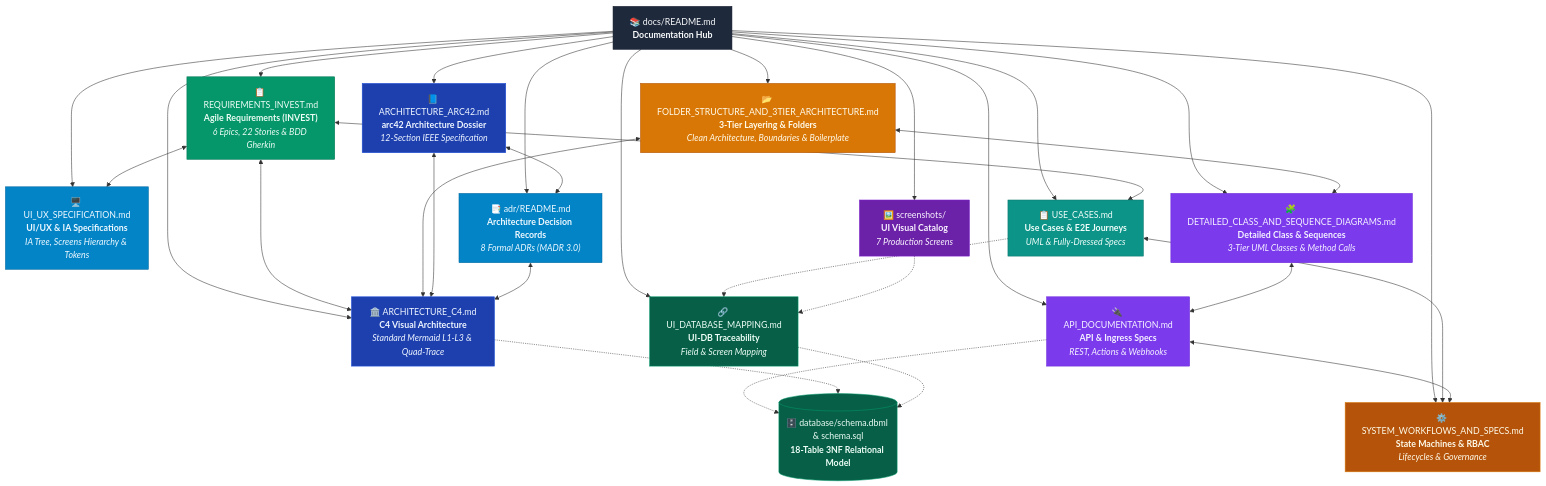
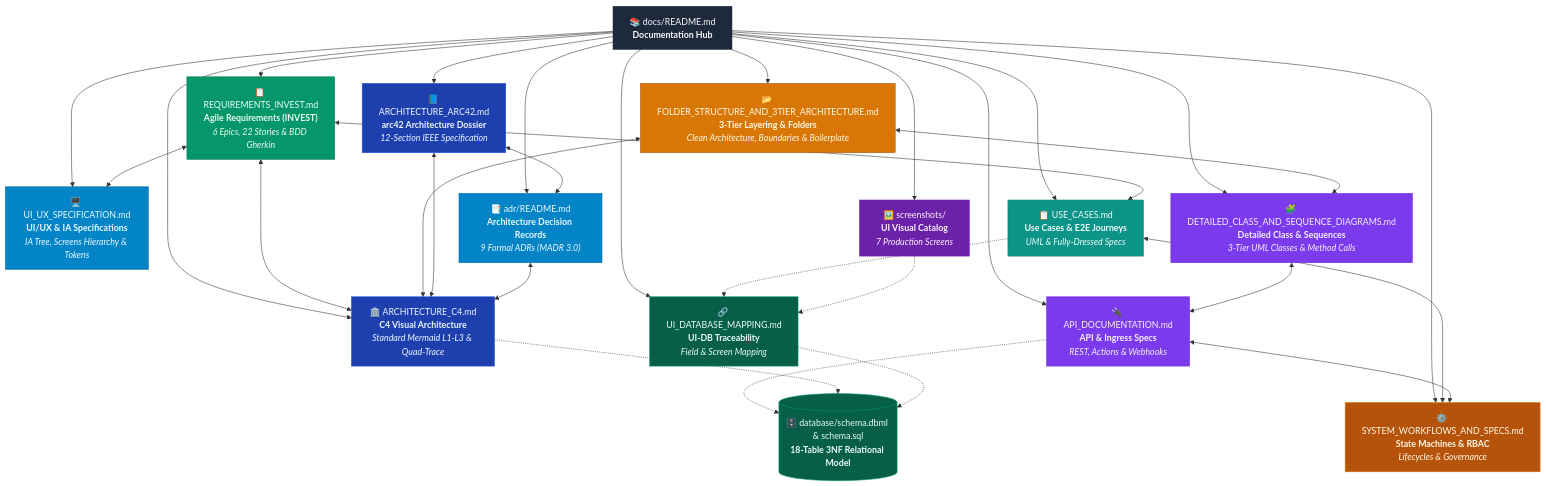
Before and after one commit to QuanAnh280605/NguyenAnhQuan-Household-Management: the diagram in docs/README.md, drawn with Mermaid. The commit also changed other lines of this file and 7 other files, not shown here.

Commit message:
docs: synchronize architecture specifications, dual-mode ingress diagrams, and ADR-0009 index

````diff
--- a/docs/README.md
+++ b/docs/README.md
@@ -5,63 +5,63 @@
 ```mermaid
 flowchart TD
     Hub["📚 docs/README.md<br/><b>Documentation Hub</b>"]
     
     Invest["📋 REQUIREMENTS_INVEST.md<br/><b>Agile Requirements (INVEST)</b><br/><i>6 Epics, 22 Stories & BDD Gherkin</i>"]
     UIUX["🖥️ UI_UX_SPECIFICATION.md<br/><b>UI/UX & IA Specifications</b><br/><i>IA Tree, Screens Hierarchy & Tokens</i>"]
     Folder["📂 FOLDER_STRUCTURE_AND_3TIER_ARCHITECTURE.md<br/><b>3-Tier Layering & Folders</b><br/><i>Clean Architecture, Boundaries & Boilerplate</i>"]
     UML["🧩 DETAILED_CLASS_AND_SEQUENCE_DIAGRAMS.md<br/><b>Detailed Class & Sequences</b><br/><i>3-Tier UML Classes & Method Calls</i>"]
     Arc42["📘 ARCHITECTURE_ARC42.md<br/><b>arc42 Architecture Dossier</b><br/><i>12-Section IEEE Specification</i>"]
     C4["🏛️ ARCHITECTURE_C4.md<br/><b>C4 Visual Architecture</b><br/><i>Standard Mermaid L1-L3 & Quad-Trace</i>"]
-    ADR["📑 adr/README.md<br/><b>Architecture Decision Records</b><br/><i>8 Formal ADRs (MADR 3.0)</i>"]
+    ADR["📑 adr/README.md<br/><b>Architecture Decision Records</b><br/><i>9 Formal ADRs (MADR 3.0)</i>"]
     UseCases["📋 USE_CASES.md<br/><b>Use Cases & E2E Journeys</b><br/><i>UML & Fully-Dressed Specs</i>"]
     Specs["⚙️ SYSTEM_WORKFLOWS_AND_SPECS.md<br/><b>State Machines & RBAC</b><br/><i>Lifecycles & Governance</i>"]
     Api["🔌 API_DOCUMENTATION.md<br/><b>API & Ingress Specs</b><br/><i>REST, Actions & Webhooks</i>"]
     Trace["🔗 UI_DATABASE_MAPPING.md<br/><b>UI-DB Traceability</b><br/><i>Field & Screen Mapping</i>"]
     Shots["🖼️ screenshots/<br/><b>UI Visual Catalog</b><br/><i>7 Production Screens</i>"]
     DB[("🗄️ database/schema.dbml & schema.sql<br/><b>18-Table 3NF Relational Model</b>")]
 
     Hub --> Invest
     Hub --> UIUX
     Hub --> Folder
     Hub --> UML
     Hub --> Arc42
     Hub --> C4
     Hub --> ADR
     Hub --> UseCases
     Hub --> Specs
     Hub --> Api
     Hub --> Trace
     Hub --> Shots
 
     Invest <--> UIUX
     Invest <--> C4
     Invest <--> UseCases
     Folder <--> UML
     Folder <--> C4
     UML <--> Api
     Arc42 <--> C4
     Arc42 <--> ADR
     ADR <--> C4
     UseCases <--> Specs
     Api <--> Specs
     Api -.-> DB
     C4 -.-> DB
     Trace -.-> DB
     UseCases -.-> Trace
     Shots -.-> Trace
 
     style Hub fill:#1e293b,stroke:#0f172a,color:#f8fafc
     style Invest fill:#059669,stroke:#047857,color:#ecfdf5
     style UIUX fill:#0284c7,stroke:#0369a1,color:#f0f9ff
     style Folder fill:#d97706,stroke:#b45309,color:#fffbeb
     style UML fill:#7c3aed,stroke:#6d28d9,color:#f5f3ff
     style Arc42 fill:#1e40af,stroke:#1d4ed8,color:#eff6ff
     style C4 fill:#1e40af,stroke:#1d4ed8,color:#eff6ff
     style ADR fill:#0284c7,stroke:#0369a1,color:#f0f9ff
     style UseCases fill:#0d9488,stroke:#0f766e,color:#f0fdfa
     style Specs fill:#b45309,stroke:#d97706,color:#fffbeb
     style Api fill:#7c3aed,stroke:#6d28d9,color:#f5f3ff
     style DB fill:#065f46,stroke:#059669,color:#ecfdf5
     style Trace fill:#065f46,stroke:#059669,color:#ecfdf5
     style Shots fill:#6b21a8,stroke:#7e22ce,color:#faf5ff
 ```
````
